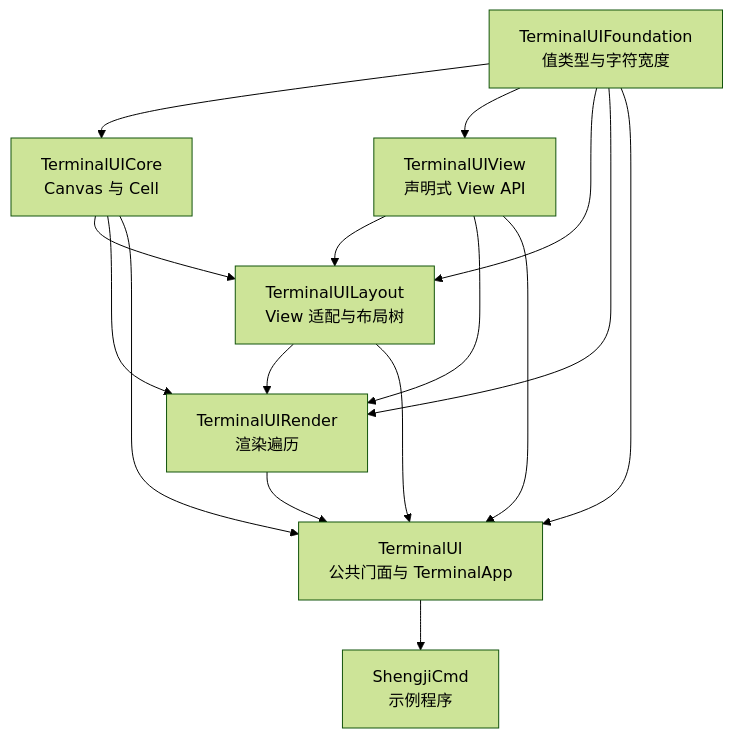
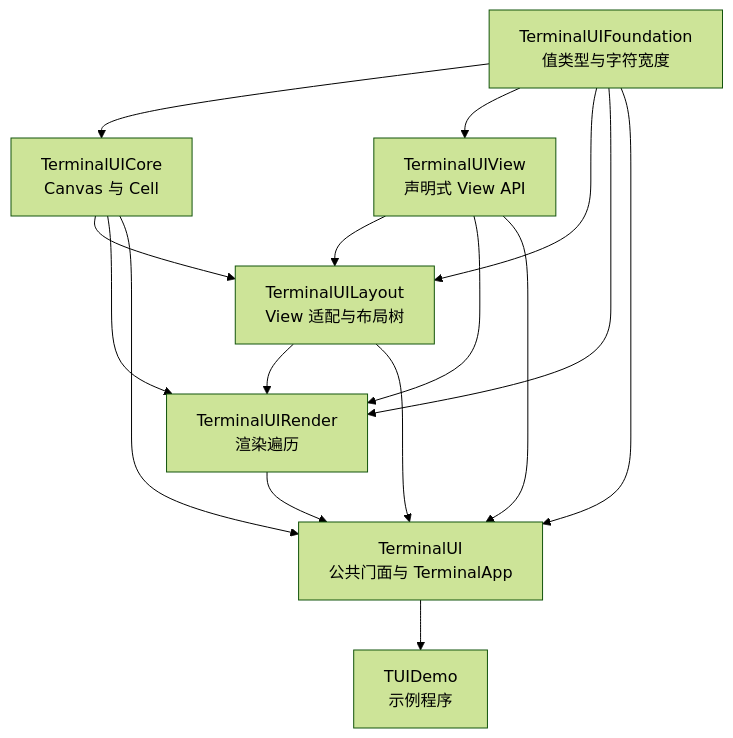
Before and after one commit to wttch-swift/SwiftTUI: the diagram in README.md, drawn with Mermaid (forest theme). The commit also changed other lines of this file and 38 other files, not shown here.

````diff
--- a/README.md
+++ b/README.md
@@ -20,26 +20,26 @@
 ```mermaid
 flowchart TD
     Foundation[TerminalUIFoundation\n值类型与字符宽度]
     Core[TerminalUICore\nCanvas 与 Cell]
     View[TerminalUIView\n声明式 View API]
     Layout[TerminalUILayout\nView 适配与布局树]
     Render[TerminalUIRender\n渲染遍历]
     Facade[TerminalUI\n公共门面与 TerminalApp]
-    Demo[ShengjiCmd\n示例程序]
+    Demo[TUIDemo\n示例程序]
 
     Foundation --> Core
     Foundation --> View
     Foundation --> Layout
     Core --> Layout
     View --> Layout
     Foundation --> Render
     Core --> Render
     View --> Render
     Layout --> Render
     Foundation --> Facade
     Core --> Facade
     View --> Facade
     Layout --> Facade
     Render --> Facade
     Facade --> Demo
 ```
````
